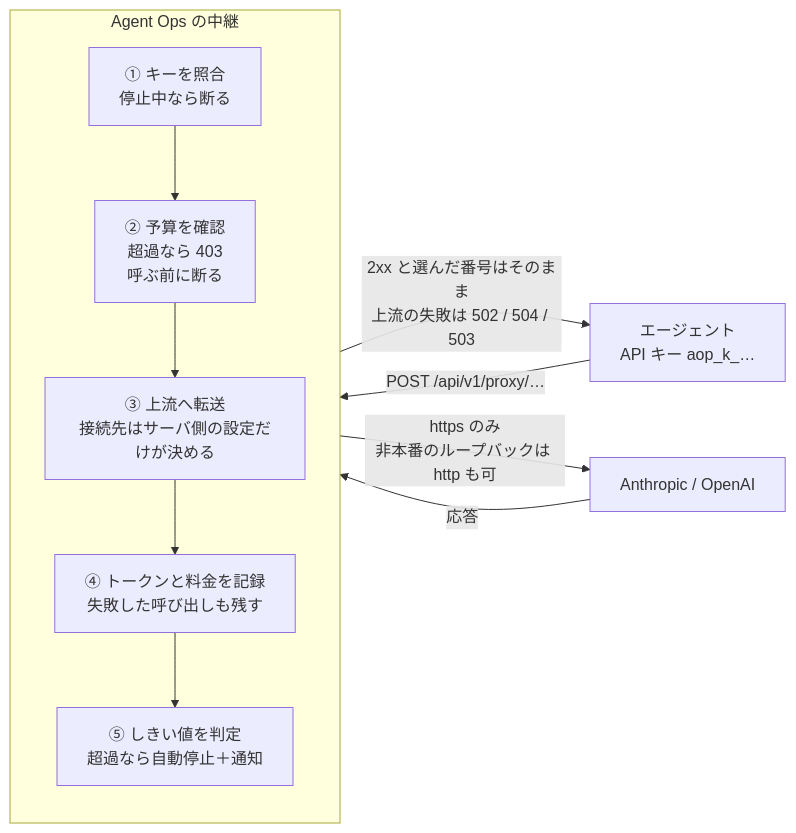
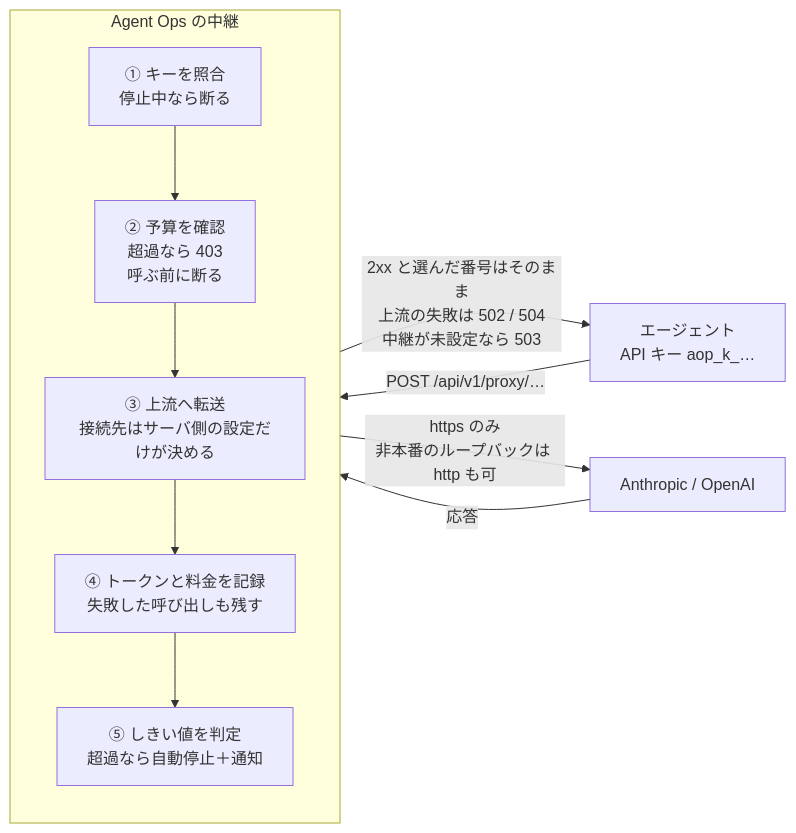
The first of 4 diagrams in docs/overview.md (izumacha/agent-ops), drawn with Mermaid before and after one commit. The commit also changed other lines of this file, not shown here.

````diff
--- a/docs/overview.md
+++ b/docs/overview.md
@@ -33,19 +33,19 @@
 ```mermaid
 flowchart LR
   A["エージェント<br/>API キー aop_k_…"]
 
   subgraph P["Agent Ops の中継"]
     direction TB
     P1["① キーを照合<br/>停止中なら断る"] --> P2["② 予算を確認<br/>超過なら 403<br/>呼ぶ前に断る"]
     P2 --> P3["③ 上流へ転送<br/>接続先はサーバ側の設定だけが決める"]
     P3 --> P4["④ トークンと料金を記録<br/>失敗した呼び出しも残す"]
     P4 --> P5["⑤ しきい値を判定<br/>超過なら自動停止＋通知"]
   end
 
   U["Anthropic / OpenAI"]
 
   A -->|"POST /api/v1/proxy/…"| P1
-  P5 -->|"2xx と選んだ番号はそのまま<br/>上流の失敗は 502 / 504 / 503"| A
+  P5 -->|"2xx と選んだ番号はそのまま<br/>上流の失敗は 502 / 504<br/>中継が未設定なら 503"| A
   P3 -->|"https のみ<br/>非本番のループバックは http も可"| U
   U -->|"応答"| P3
 ```
````
